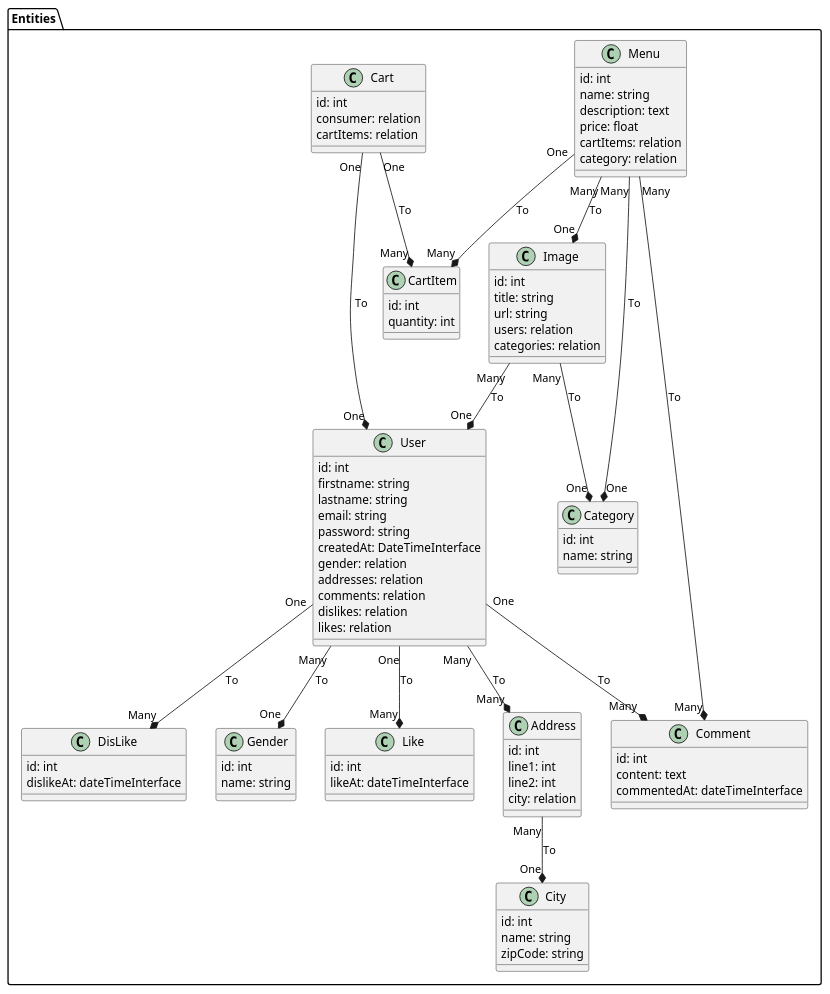
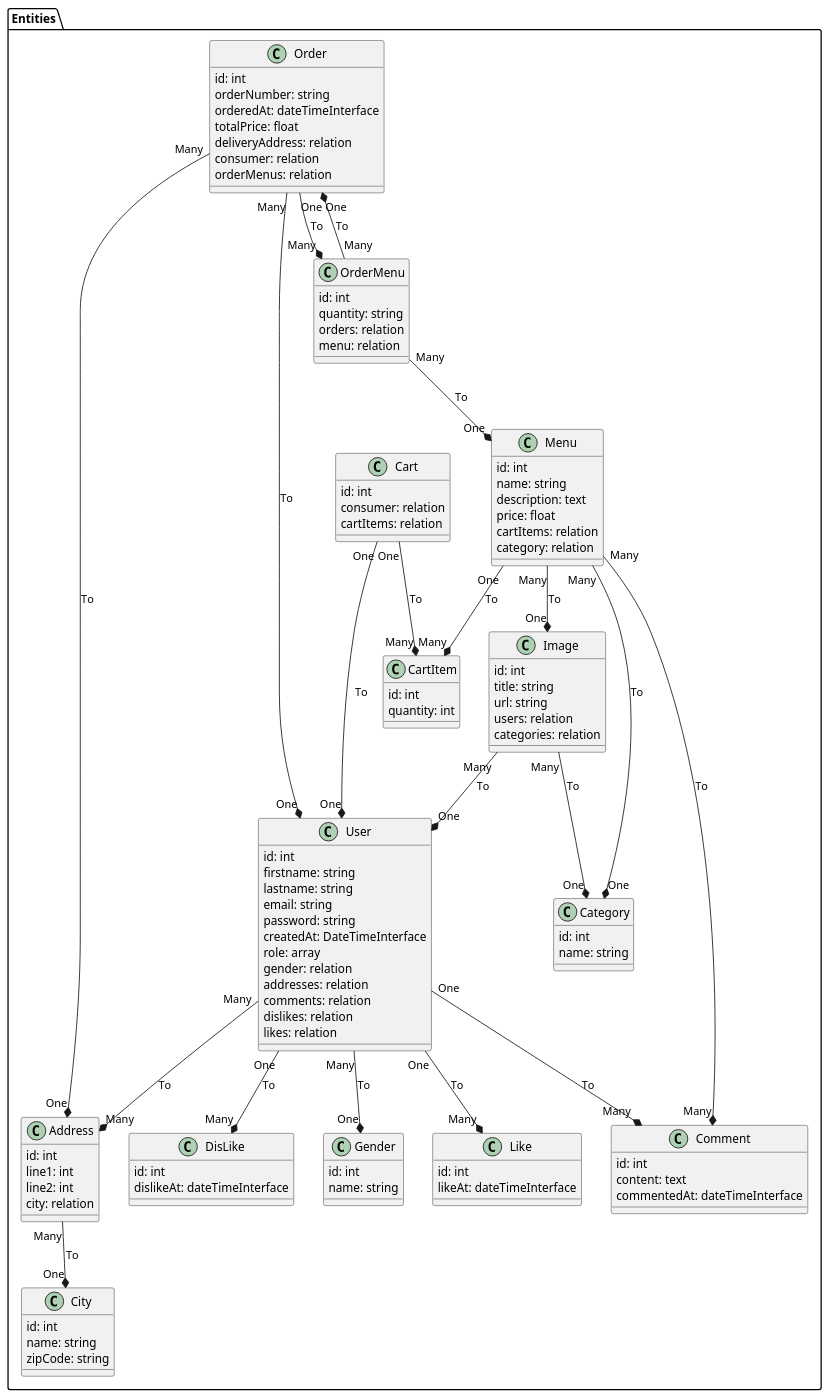
Before and after one commit to SylvainGUERRIN/deliveroo_like: the diagram in features/Entities_diagram.puml, drawn with PlantUML. The commit also changed 5 other files, not shown here.

Commit message:
add orderMenu entity and relations

```diff
--- a/features/Entities_diagram.puml
+++ b/features/Entities_diagram.puml
@@ -1,98 +1,121 @@
 @startuml
 'Alice -> Bob: Authentication Request
 'Bob --> Alice: Authentication Response
 '
 'Alice -> Bob: Another authentication Request
 'Alice <-- Bob: another authentication Response
 
 package "Entities" #FFF {
     class User {
         {field} id: int
         {field} firstname: string
         {field} lastname: string
         {field} email: string
         {field} password: string
         {field} createdAt: DateTimeInterface
+        {field} role: array
         {field} gender: relation
         {field} addresses: relation
         {field} comments: relation
         {field} dislikes: relation
         {field} likes: relation
     }
     class Address {
         {field} id: int
         {field} line1: int
         {field} line2: int
         {field} city: relation
     }
     class Cart {
         {field} id: int
         {field} consumer: relation
         {field} cartItems: relation
     }
     class CartItem {
         {field} id: int
         {field} quantity: int
     }
     class Category {
         {field} id: int
         {field} name: string
     }
     class City {
         {field} id: int
         {field} name: string
         {field} zipCode: string
     }
     class Comment {
         {field} id: int
         {field} content: text
         {field} commentedAt: dateTimeInterface
     }
     class DisLike {
         {field} id: int
         {field} dislikeAt: dateTimeInterface
     }
     class Gender {
         {field} id: int
         {field} name: string
     }
     class Image {
         {field} id: int
         {field} title: string
         {field} url: string
         {field} users: relation
         {field} categories: relation
     }
     class Like {
         {field} id: int
         {field} likeAt: dateTimeInterface
     }
     class Menu {
         {field} id: int
         {field} name: string
         {field} description: text
         {field} price: float
         {field} cartItems: relation
         {field} category: relation
     }
+    class Order {
+        {field} id: int
+        {field} orderNumber: string
+        {field} orderedAt: dateTimeInterface
+        {field} totalPrice: float
+        {field} deliveryAddress: relation
+        {field} consumer: relation
+        {field} orderMenus: relation
+    }
+    class OrderMenu {
+        {field} id: int
+        {field} quantity: string
+        {field} orders: relation
+        {field} menu: relation
+    }
 
     User "Many" --* "One" Gender : To
     User "Many" --* "Many" Address : To
     User "One" --* "Many" Comment : To
     User "One" --* "Many" DisLike : To
     User "One" --* "Many" Like : To
 
     Address "Many" --* "One" City : To
 
     Cart "One" --* "One" User : To
     Cart "One" --* "Many" CartItem : To
 
     Image "Many" --* "One" User : To
     Image "Many" --* "One" Category : To
 
     Menu "One" --* "Many" CartItem : To
     Menu "Many" --* "One" Category : To
     Menu "Many" --* "Many" Comment : To
     Menu "Many" --* "One" Image : To
+
+    OrderMenu "Many" --* "One" Order : To
+    OrderMenu "Many" --* "One" Menu : To
+
+    Order "Many" --* "One" Address : To
+    Order "Many" --* "One" User : To
+    Order "One" --* "Many" OrderMenu : To
 }
 @enduml
```
